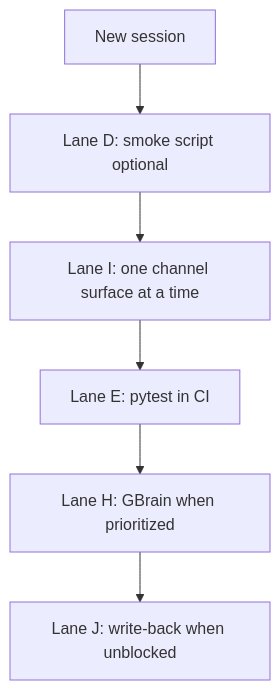
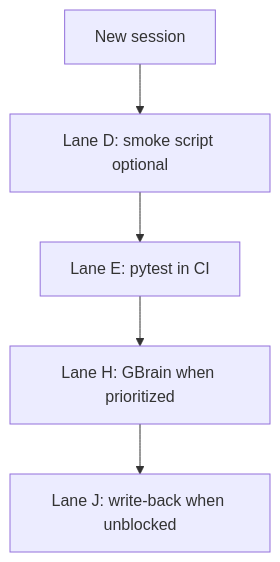
One commit to mbiv33/FlavorOS_1.5 changed the diagram in docs/planning/next_session_handoff.md. Above: the diagram before and after it, drawn with Mermaid. The commit also changed other lines of this file and 26 other files, not shown here.

First line of the commit message:
Complete Lane I by wiring channel surfaces to live API data.

````diff
--- a/docs/planning/next_session_handoff.md
+++ b/docs/planning/next_session_handoff.md
@@ -119,15 +109,13 @@
 ```mermaid
 flowchart TD
   start[New session]
   smoke[Lane D: smoke script optional]
-  channel[Lane I: one channel surface at a time]
   ci[Lane E: pytest in CI]
   gbrain[Lane H: GBrain when prioritized]
   writeback[Lane J: write-back when unblocked]
 
   start --> smoke
-  smoke --> channel
-  channel --> ci
+  smoke --> ci
   ci --> gbrain
   gbrain --> writeback
 ```
````
